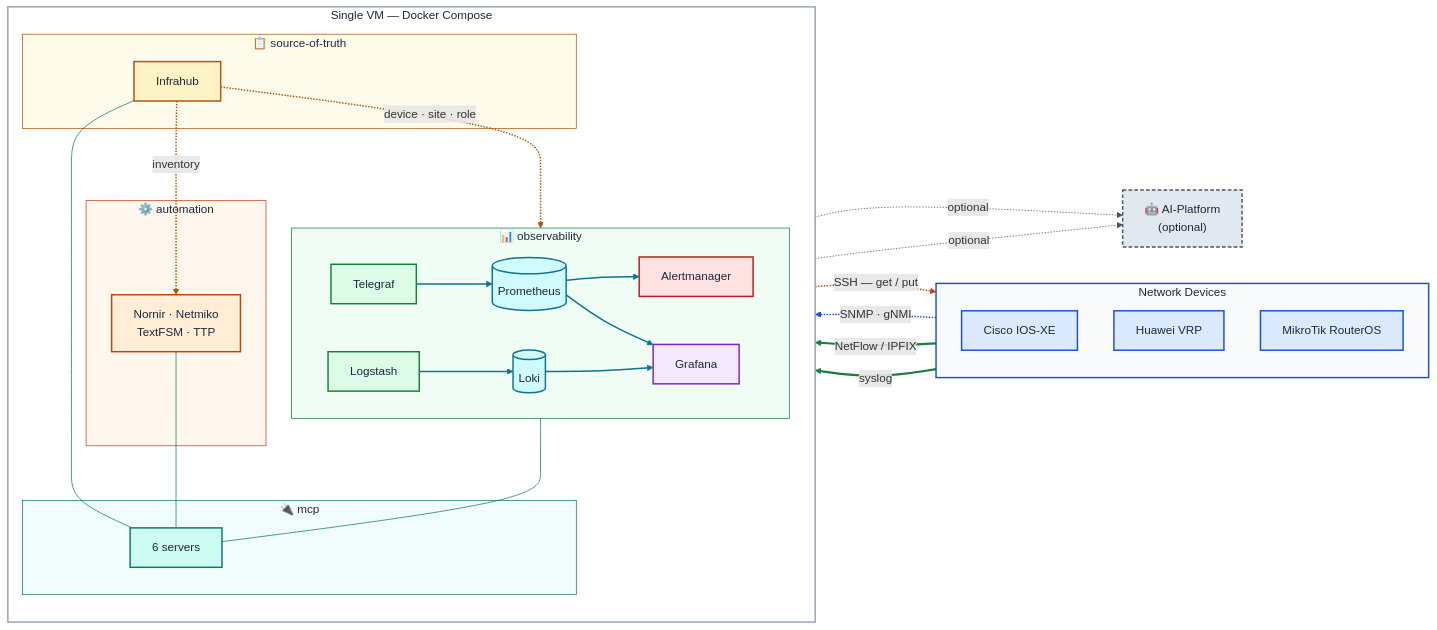
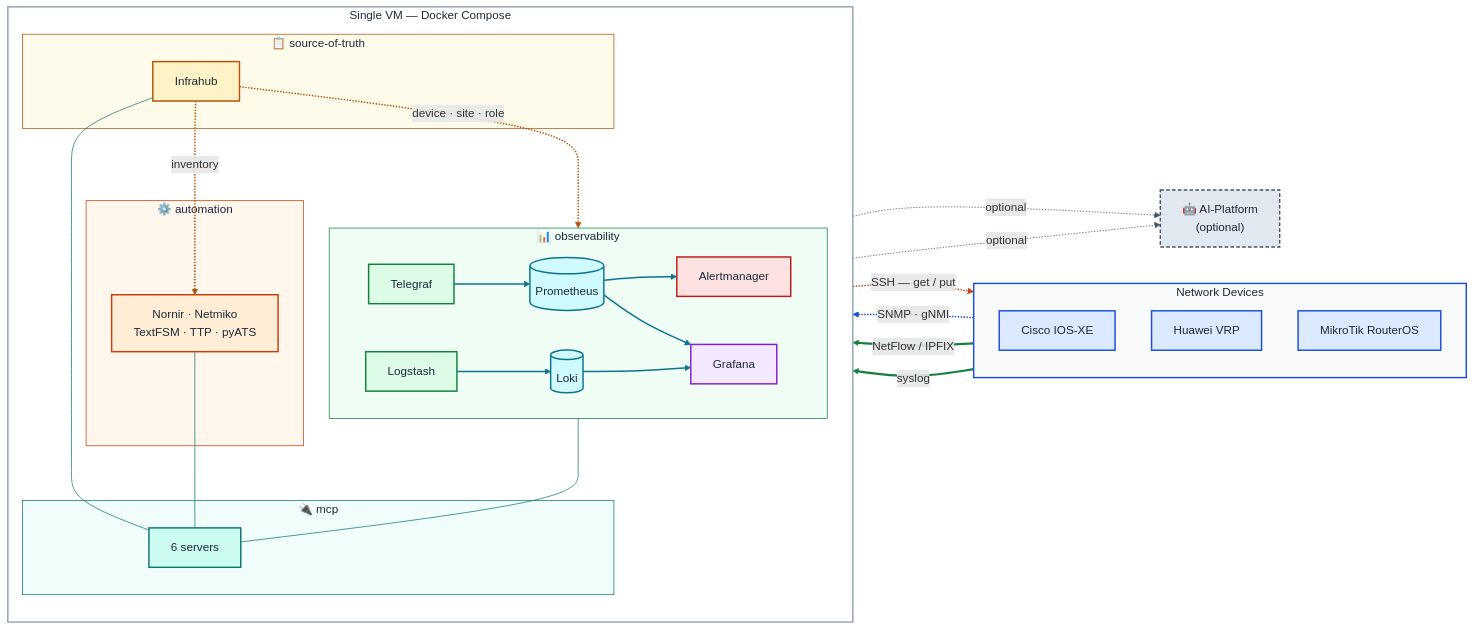
The diagram in README.md (darqcube/DARQCUBE-AGENTICOPS-STACK), drawn with Mermaid before and after one commit. The commit also changed other lines of this file and 28 other files, not shown here.

First line of the commit message:
Restore pyATS for assurance, additive to TextFSM

```diff
--- a/README.md
+++ b/README.md
@@ -55,7 +55,7 @@
       GF["Grafana"]
     end
     subgraph AUT["⚙️ automation"]
-      AU["Nornir · Netmiko<br/>TextFSM · TTP"]
+      AU["Nornir · Netmiko<br/>TextFSM · TTP · pyATS"]
     end
     subgraph MCPG["🔌 mcp"]
       MS["6 servers"]
```
